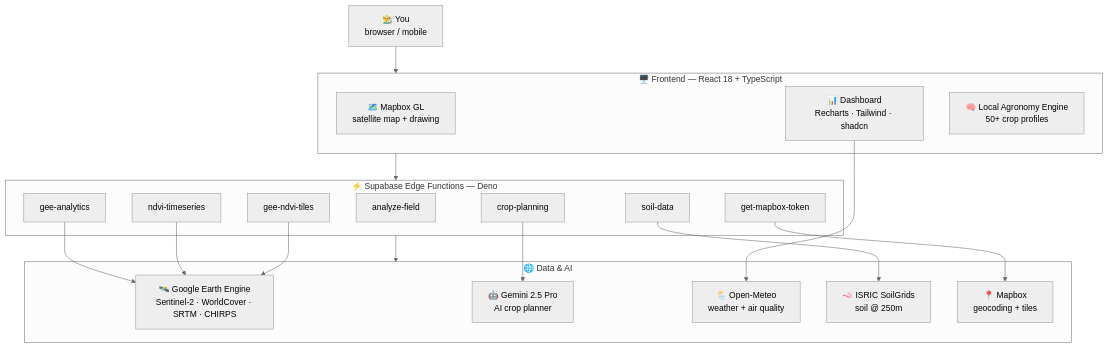
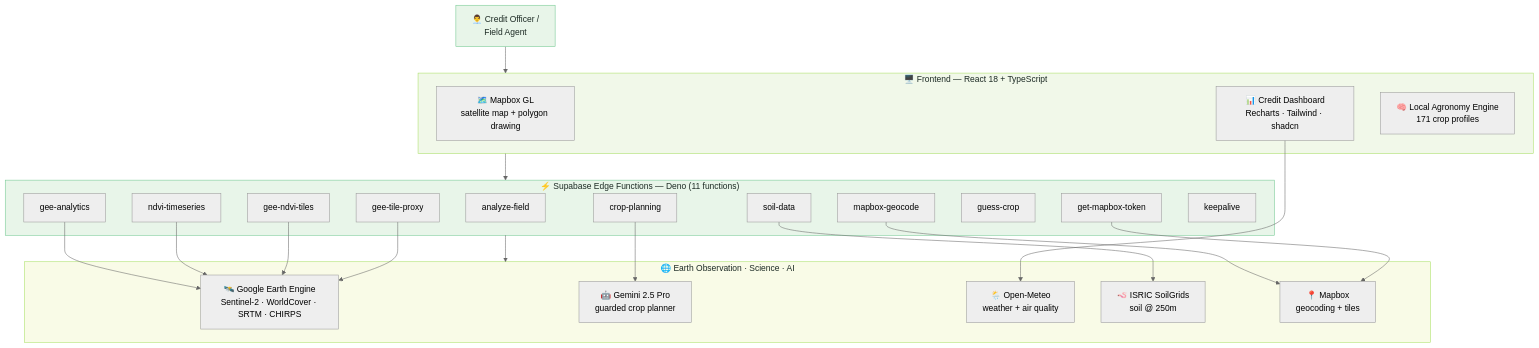
Before and after one commit to agrisense-dev/AgriSense: the second of 4 diagrams in README.md, drawn with Mermaid (neutral theme). The commit also changed other lines of this file, not shown here.

````diff
--- a/README.md
+++ b/README.md
@@ -158,40 +141,51 @@
 ```mermaid
 flowchart TD
-    U["👨‍🌾 You<br>browser / mobile"] --> FE
+    U["👨‍💼 Credit Officer /<br/>Field Agent"] --> FE
 
     subgraph FE["🖥️ Frontend — React 18 + TypeScript"]
-        MAP["🗺️ Mapbox GL<br>satellite map + drawing"]
-        UI["📊 Dashboard<br>Recharts · Tailwind · shadcn"]
-        LOCAL["🧠 Local Agronomy Engine<br>50+ crop profiles"]
+        MAP["🗺️ Mapbox GL<br/>satellite map + polygon drawing"]
+        UI["📊 Credit Dashboard<br/>Recharts · Tailwind · shadcn"]
+        LOCAL["🧠 Local Agronomy Engine<br/>171 crop profiles"]
     end
 
     FE --> SB
 
-    subgraph SB["⚡ Supabase Edge Functions — Deno"]
+    subgraph SB["⚡ Supabase Edge Functions — Deno (11 functions)"]
         A1["analyze-field"]
         A2["gee-analytics"]
         A3["ndvi-timeseries"]
         A4["soil-data"]
         A5["crop-planning"]
         A6["gee-ndvi-tiles"]
-        A7["get-mapbox-token"]
+        A7["gee-tile-proxy"]
+        A8["mapbox-geocode"]
+        A9["guess-crop"]
+        A10["get-mapbox-token"]
+        A11["keepalive"]
     end
 
     SB --> EXT
 
-    subgraph EXT["🌐 Data & AI"]
-        GEE["🛰️ Google Earth Engine<br>Sentinel-2 · WorldCover · SRTM · CHIRPS"]
-        GM["🤖 Gemini 2.5 Pro<br>AI crop planner"]
-        OM["🌦️ Open-Meteo<br>weather + air quality"]
-        SG["🪱 ISRIC SoilGrids<br>soil @ 250m"]
-        MB["📍 Mapbox<br>geocoding + tiles"]
+    subgraph EXT["🌐 Earth Observation · Science · AI"]
+        GEE["🛰️ Google Earth Engine<br/>Sentinel-2 · WorldCover · SRTM · CHIRPS"]
+        GM["🤖 Gemini 2.5 Pro<br/>guarded crop planner"]
+        OM["🌦️ Open-Meteo<br/>weather + air quality"]
+        SG["🪱 ISRIC SoilGrids<br/>soil @ 250m"]
+        MB["📍 Mapbox<br/>geocoding + tiles"]
     end
 
     A5 --> GM
     A2 --> GEE
     A3 --> GEE
     A6 --> GEE
+    A7 --> GEE
     A4 --> SG
-    A7 --> MB
+    A8 --> MB
+    A10 --> MB
     UI --> OM
+
+    style U fill:#E8F5E9,stroke:#6FC78F,color:#1C2A24
+    style FE fill:#F1F8E9,stroke:#A8E063,color:#1C2A24
+    style SB fill:#E8F5E9,stroke:#6FC78F,color:#1C2A24
+    style EXT fill:#F9FBE7,stroke:#A8E063,color:#1C2A24
 ```
````
